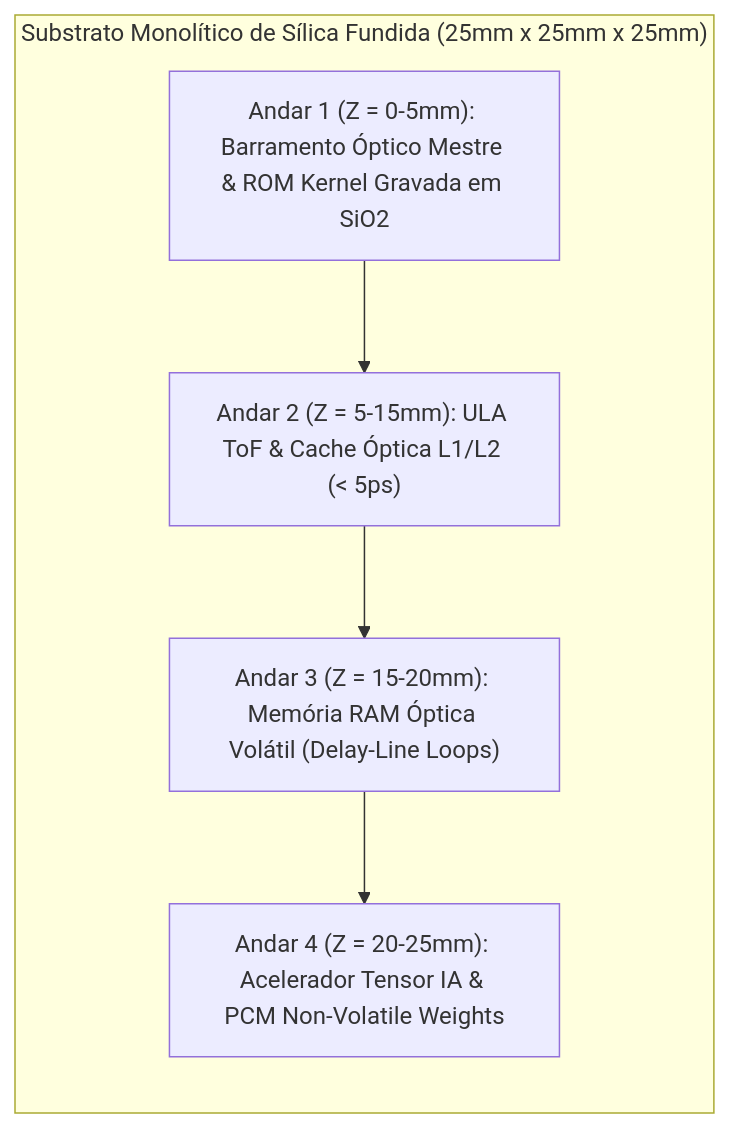
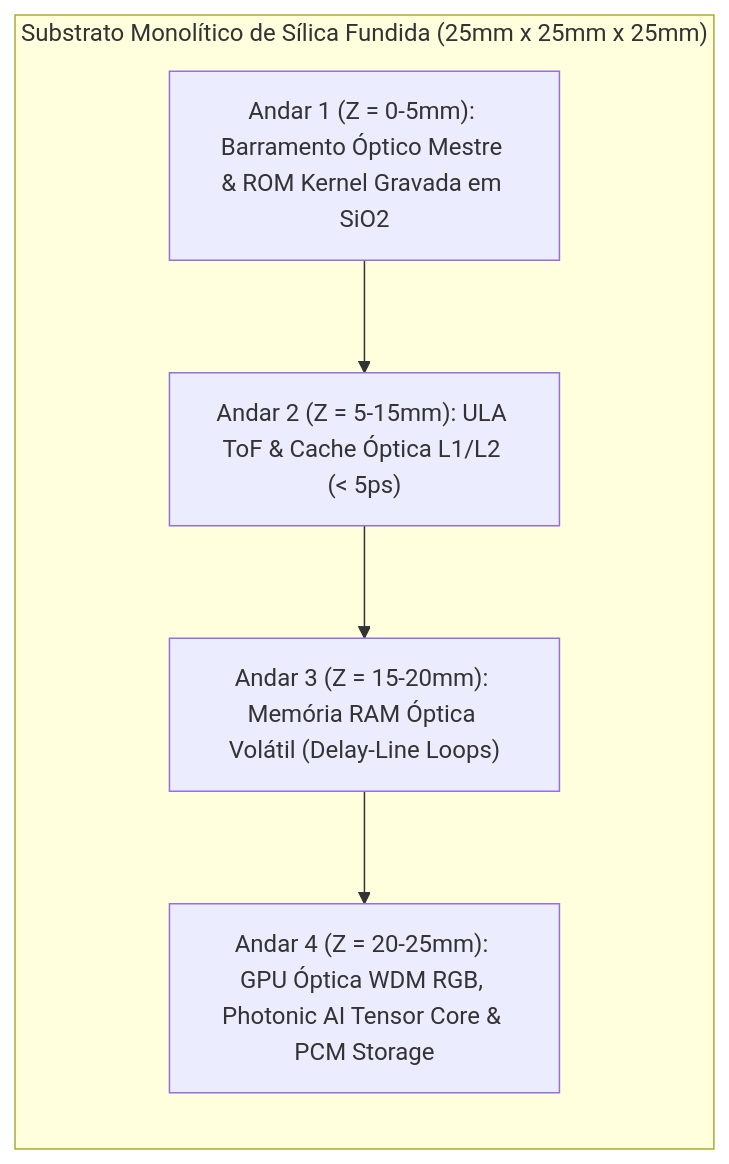
One commit to Roliveira96/SilicaCore changed the diagram in docs/architecture/03-unidades-funcionais-alu-gpu-ia.md. Above: the diagram before and after it, drawn with Mermaid. The commit also changed other lines of this file and 7 other files, not shown here.

Commit message:
feat(gpu-ai): adiciona GPU óptica WDM RGB e acelerador Photonic AI Tensor Core (MVM Mesh & PCM)

````diff
--- a/docs/architecture/03-unidades-funcionais-alu-gpu-ia.md
+++ b/docs/architecture/03-unidades-funcionais-alu-gpu-ia.md
@@ -7,14 +7,14 @@
 ```mermaid
 flowchart TD
     subgraph CuboSilica["Substrato Monolítico de Sílica Fundida (25mm x 25mm x 25mm)"]
         direction TB
-        Andar4["Andar 4 (Z = 20-25mm): Acelerador Tensor IA & PCM Non-Volatile Weights"]
+        Andar4["Andar 4 (Z = 20-25mm): GPU Óptica WDM RGB, Photonic AI Tensor Core & PCM Storage"]
         Andar3["Andar 3 (Z = 15-20mm): Memória RAM Óptica Volátil (Delay-Line Loops)"]
         Andar2["Andar 2 (Z = 5-15mm): ULA ToF & Cache Óptica L1/L2 (< 5ps)"]
         Andar1["Andar 1 (Z = 0-5mm): Barramento Óptico Mestre & ROM Kernel Gravada em SiO2"]
 
         Andar1 --> Andar2
         Andar2 --> Andar3
         Andar3 --> Andar4
     end
 ```
````
